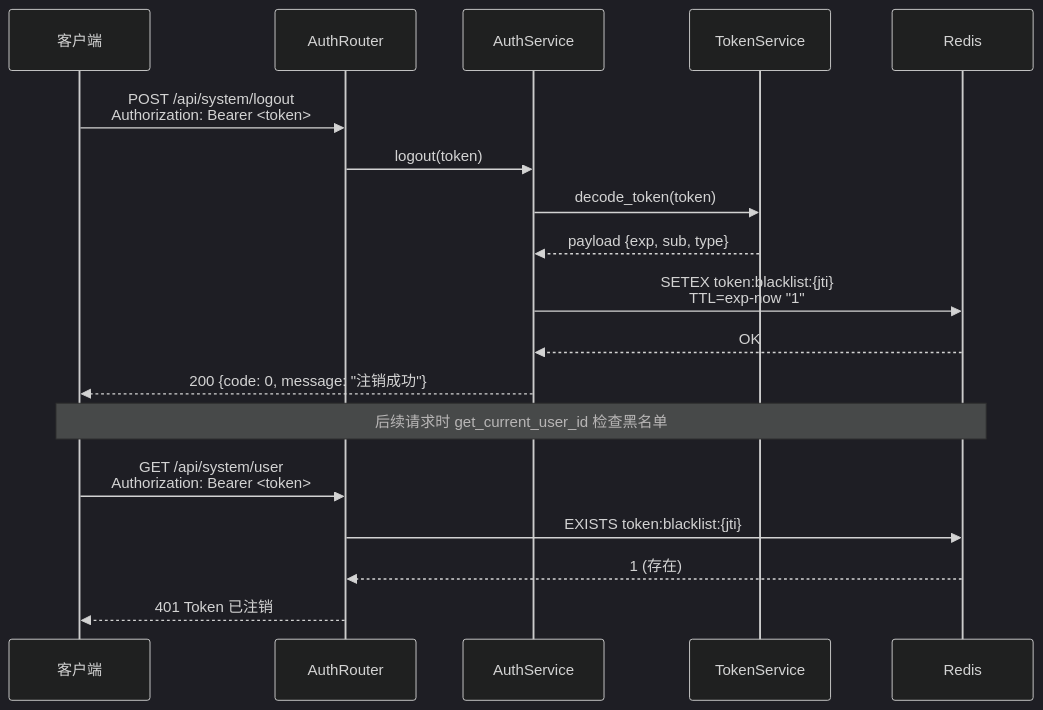
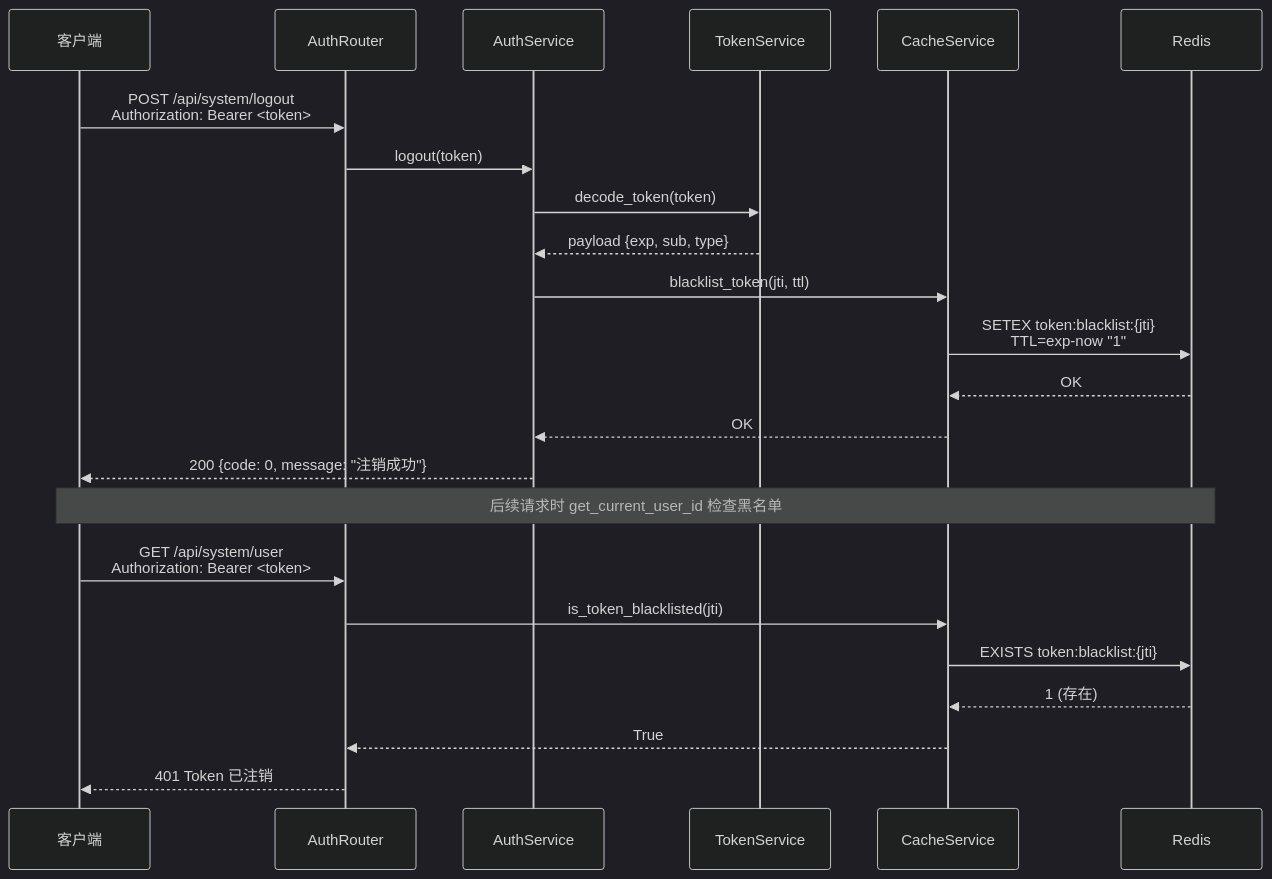
One commit to taoweidong/Hello-FastApi changed the second of 8 diagrams in service/docs/design/大型项目演进路线图.md. Above: the diagram before and after it, drawn with Mermaid (dark theme). The commit also changed other lines of this file and 22 other files, not shown here.

````diff
--- a/service/docs/design/大型项目演进路线图.md
+++ b/service/docs/design/大型项目演进路线图.md
@@ -35,25 +35,30 @@
 ```mermaid
 sequenceDiagram
     participant C as 客户端
     participant R as AuthRouter
     participant S as AuthService
     participant TS as TokenService
+    participant CS as CacheService
     participant Redis as Redis
 
     C->>R: POST /api/system/logout<br/>Authorization: Bearer <token>
     R->>S: logout(token)
 
     S->>TS: decode_token(token)
     TS-->>S: payload {exp, sub, type}
 
-    S->>Redis: SETEX token:blacklist:{jti} <br/>TTL=exp-now "1"
-    Redis-->>S: OK
+    S->>CS: blacklist_token(jti, ttl)
+    CS->>Redis: SETEX token:blacklist:{jti} <br/>TTL=exp-now "1"
+    Redis-->>CS: OK
+    CS-->>S: OK
 
     S-->>C: 200 {code: 0, message: "注销成功"}
 
     Note over C,Redis: 后续请求时 get_current_user_id 检查黑名单
     C->>R: GET /api/system/user<br/>Authorization: Bearer <token>
-    R->>Redis: EXISTS token:blacklist:{jti}
-    Redis-->>R: 1 (存在)
+    R->>CS: is_token_blacklisted(jti)
+    CS->>Redis: EXISTS token:blacklist:{jti}
+    Redis-->>CS: 1 (存在)
+    CS-->>R: True
     R-->>C: 401 Token 已注销
 ```
````
